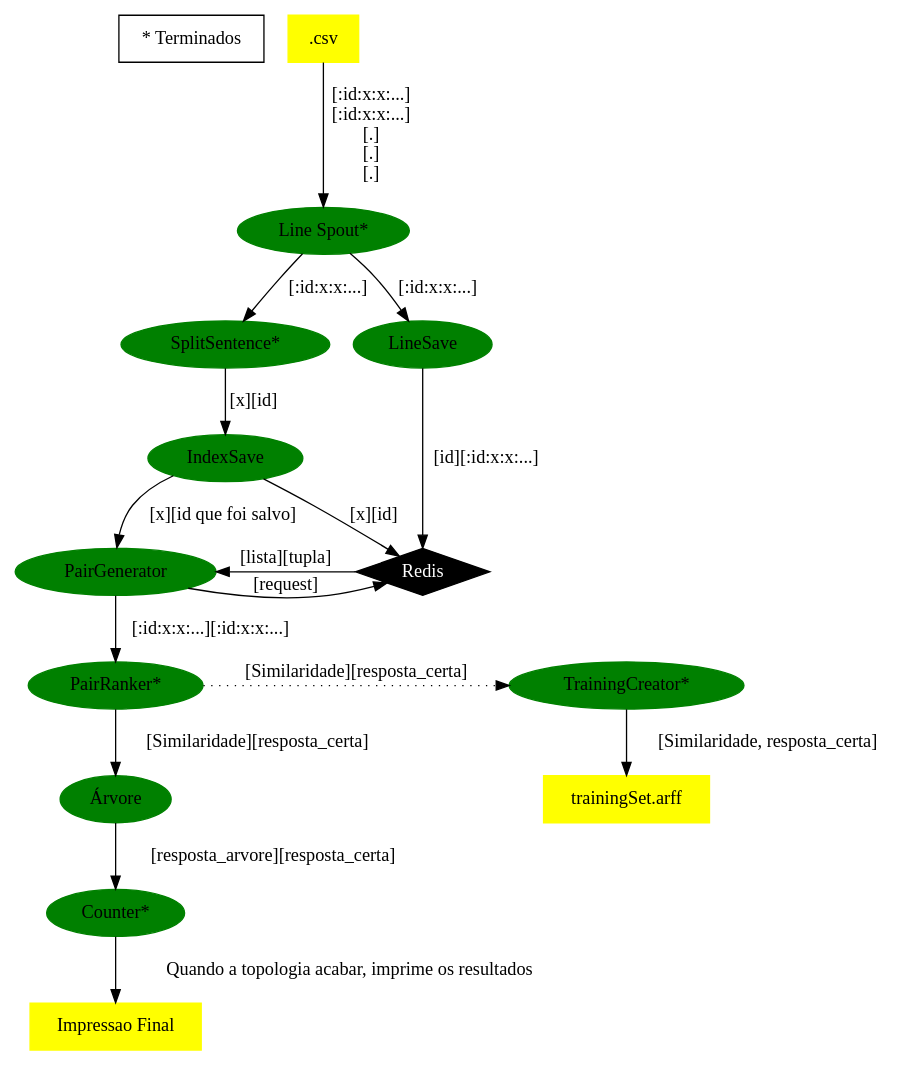
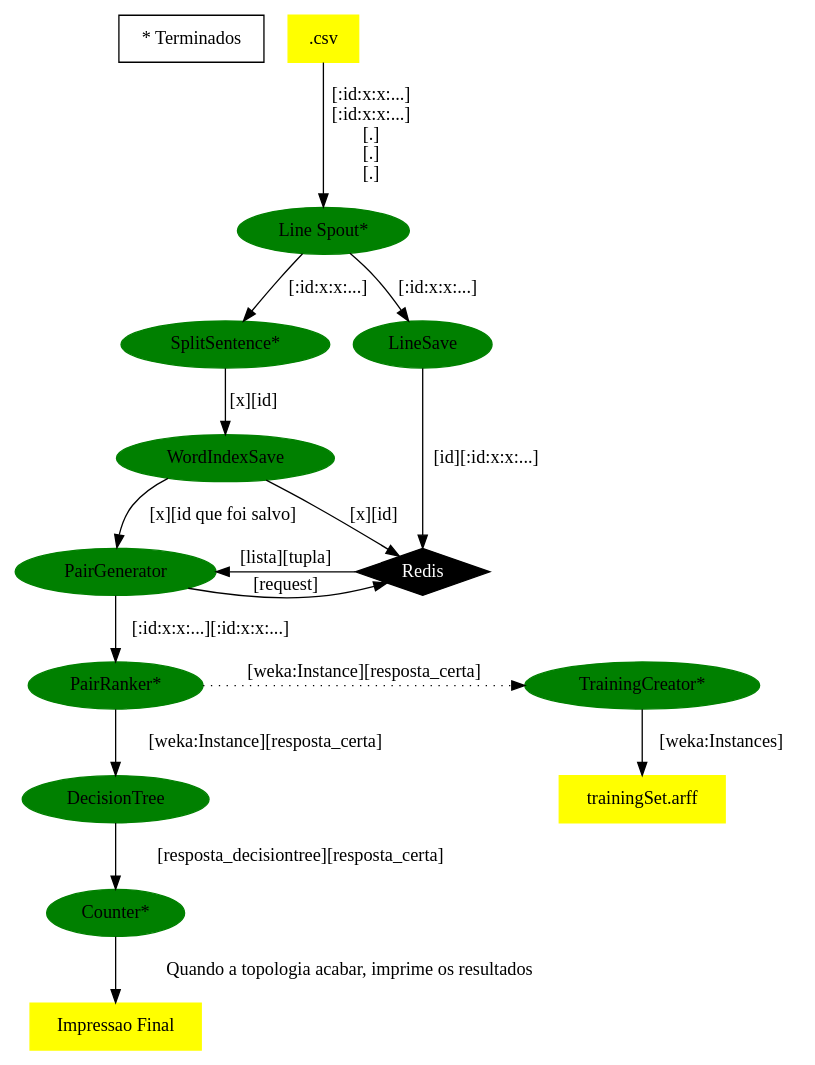
One commit to luanfelixpimentel/storminho changed the diagram in info/whats_going_on.dot. Above: the diagram before and after it, drawn with Graphviz. The commit also changed 9 other files, not shown here.

```diff
--- a/info/whats_going_on.dot
+++ b/info/whats_going_on.dot
@@ -1,64 +1,64 @@
 digraph projeto_topology {
     node [style="filled"]
     comments [shape="box" fillcolor="white" label="* Terminados"]
 
     //files
     {
         node [shape="box" color="yellow"]
         csv [label=".csv"]
         impressaofinal [label="Impressao Final"]
         trainingset [label="trainingSet.arff"]
     }
     //spouts and bolts
     {
         node [shape="ellipse" color="green"]
         linespout [label="Line Spout*", comment="teste"]
         splitsentence [label="SplitSentence*"]
         linesave [label="LineSave"]
-        indexsave [label="IndexSave"]
+        wordindexsave [label="WordIndexSave"]
         pairranker [label="PairRanker*"]
         pairgenerator [label="PairGenerator"]
-        arvore [label="Árvore"]
+        decisiontree [label="DecisionTree"]
         counter [label="Counter*"]
         trainingcreator [label="TrainingCreator*"]
     }
     //programas
     {
         node [shape="trapezium" color="orange"]
     }
 
     //outros
     {
         node [shape="diamond" color="black" fontcolor="white"]
         redis [label="Redis"]
     }
 
     //ligações
     {
         csv -> linespout [label="[:id:x:x:...]\n[:id:x:x:...]\n[.]\n[.]\n[.]"]
         linespout -> splitsentence [label="[:id:x:x:...]"]
         linespout -> linesave [label="[:id:x:x:...]"]
         linesave -> redis [label="[id][:id:x:x:...]"]
-        splitsentence -> indexsave [label="[x][id]"]
-        indexsave -> redis[label="[x][id]"]
-        indexsave -> pairgenerator [label="[x][id que foi salvo]"]
+        splitsentence -> wordindexsave [label="[x][id]"]
+        wordindexsave -> redis[label="[x][id]"]
+        wordindexsave -> pairgenerator [label="[x][id que foi salvo]"]
         pairgenerator -> redis [label="[request]"]
         redis -> pairgenerator [label="[lista][tupla]"]
         pairgenerator -> pairranker [label="[:id:x:x:...][:id:x:x:...]"]
-        pairranker -> arvore [label="[Similaridade][resposta_certa]"]
-        pairranker -> trainingcreator [label="[Similaridade][resposta_certa]" style="dotted"]
-        trainingcreator -> trainingset [label="[Similaridade, resposta_certa]"]
-        arvore -> counter [label="[resposta_arvore][resposta_certa]"]
+        pairranker -> decisiontree [label="[weka:Instance][resposta_certa]"]
+        pairranker -> trainingcreator [label="[weka:Instance][resposta_certa]" style="dotted"]
+        trainingcreator -> trainingset [label="[weka:Instances]"]
+        decisiontree -> counter [label="[resposta_decisiontree][resposta_certa]"]
         counter -> impressaofinal [label="Quando a topologia acabar, imprime os resultados"]
 
     }
 
     //ranks (posições)
     {
         {rank=same; splitsentence linesave}
         {rank=same; pairgenerator redis}
         {rank=same; pairranker trainingcreator}
 
 
     }
 }
```
